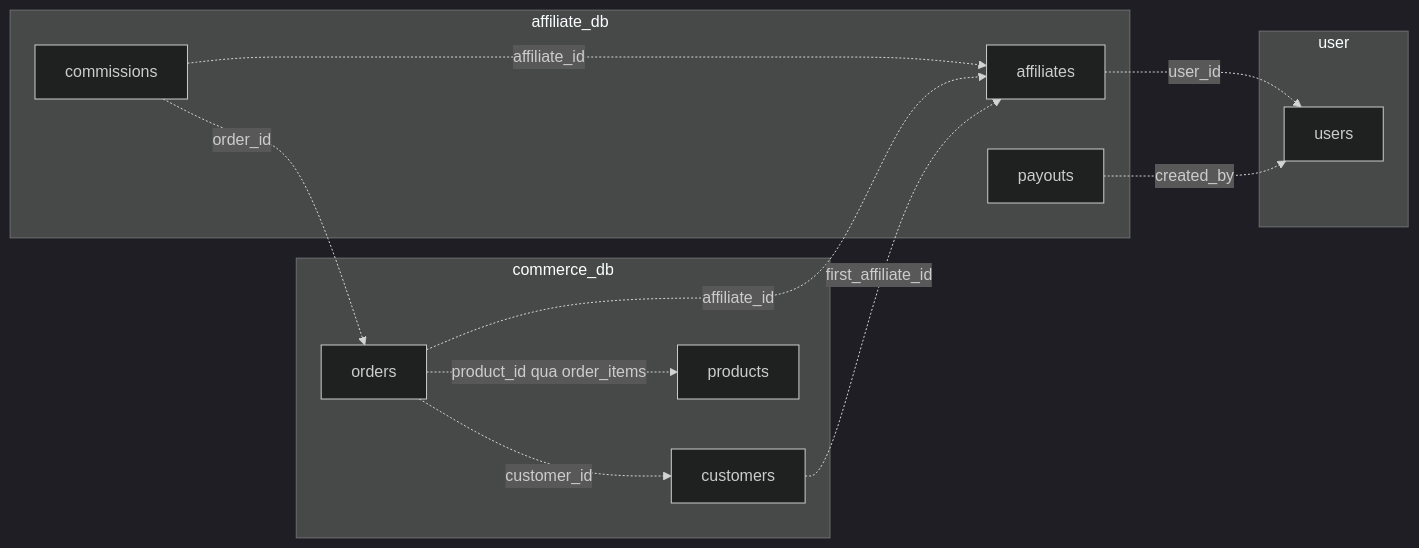
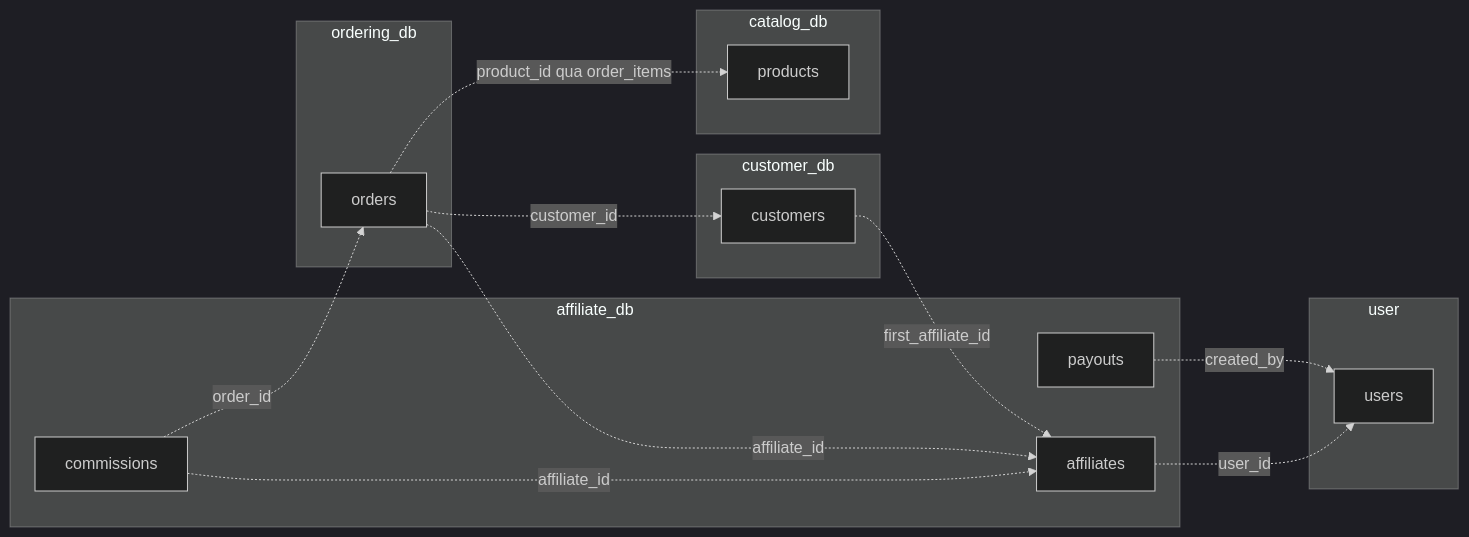
The sixth of 6 diagrams in BE/docs/database.md (Vietnguyen203/PhucViFood), drawn with Mermaid (dark theme) before and after one commit. The commit also changed other lines of this file and 37 other files, not shown here.

First line of the commit message:
Tách commerce thành 3 service catalog, ordering, customer

````diff
--- a/BE/docs/database.md
+++ b/BE/docs/database.md
@@ -197,24 +211,28 @@
 ```mermaid
 flowchart LR
   subgraph user
     users
   end
   subgraph affiliate_db
     affiliates
     commissions
     payouts
   end
-  subgraph commerce_db
+  subgraph ordering_db
     orders
+  end
+  subgraph customer_db
     customers
+  end
+  subgraph catalog_db
     products
   end
   affiliates -. user_id .-> users
   payouts -. created_by .-> users
   commissions -. order_id .-> orders
   commissions -. affiliate_id .-> affiliates
   orders -. affiliate_id .-> affiliates
   orders -. customer_id .-> customers
   orders -. product_id qua order_items .-> products
   customers -. first_affiliate_id .-> affiliates
 ```
````
